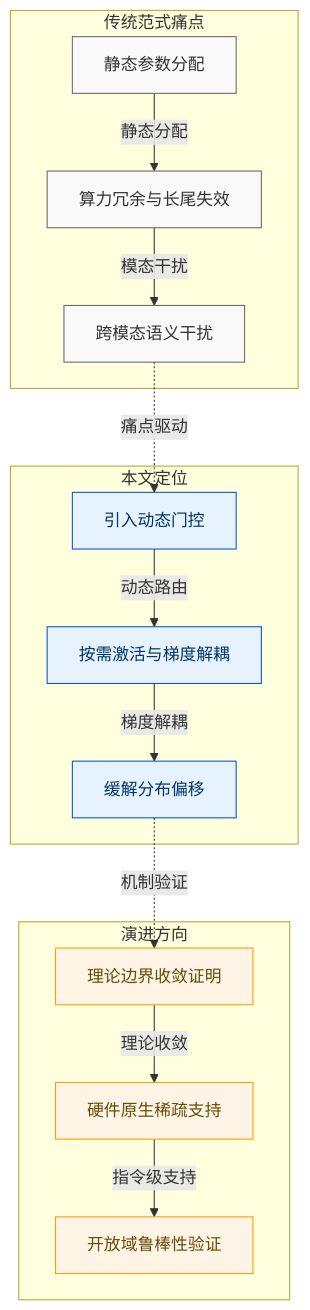
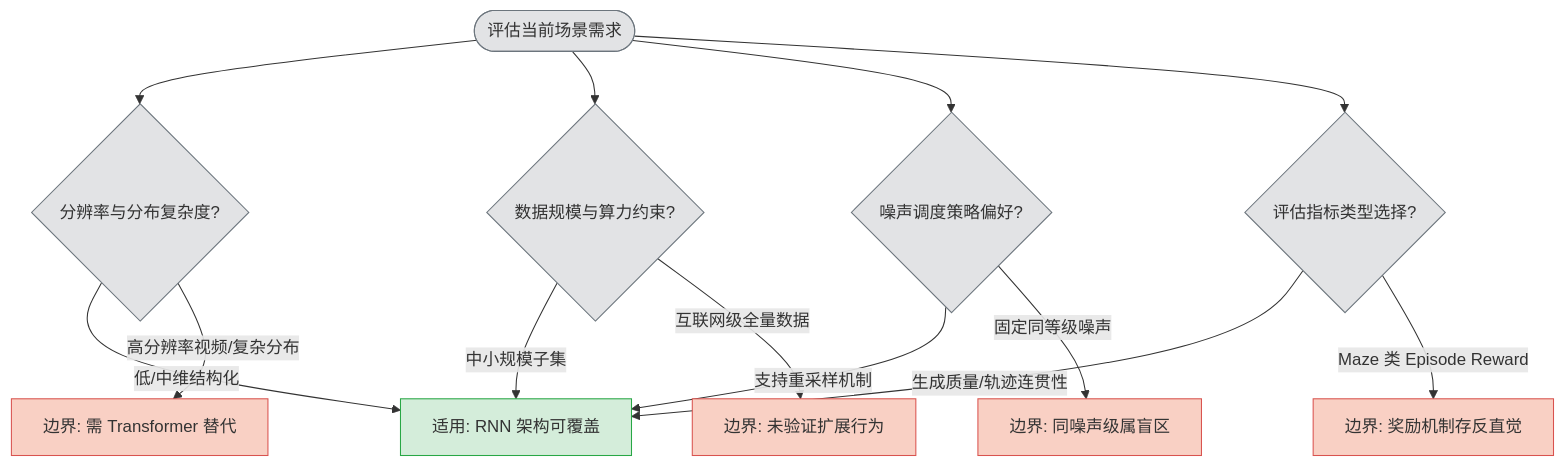
Before and after one commit to ShinewineW/paper-rolling: the ninth of 10 diagrams in person_vault/2026-06-13_DiffusionForcingNextTokenPredictionMeets_2407.01392/report.md, drawn with Mermaid. The commit also changed other lines of this file and 51 other files, not shown here.

````diff
--- a/person_vault/2026-06-13_DiffusionForcingNextTokenPredictionMeets_2407.01392/report.md
+++ b/person_vault/2026-06-13_DiffusionForcingNextTokenPredictionMeets_2407.01392/report.md
@@ -469,28 +568,26 @@
 ```mermaid
 flowchart TD
-    classDef legacy fill:#f9f9f9,stroke:#666,color:#333;
-    classDef proposed fill:#e6f3ff,stroke:#0052cc,color:#003366;
-    classDef future fill:#fff4e6,stroke:#ff9900,color:#664d03;
+    classDef boundary fill:#f9d0c4,stroke:#d9534f,color:#333;
+    classDef valid fill:#d4edda,stroke:#28a745,color:#333;
+    classDef note fill:#e2e3e5,stroke:#6c757d,color:#333;
 
-    subgraph 传统范式痛点
-        legacy_static_alloc["静态参数分配"] -->|静态分配| legacy_compute_waste["算力冗余与长尾失效"]
-        legacy_compute_waste -->|模态干扰| legacy_cross_modal["跨模态语义干扰"]
-    end
+    start(["评估当前场景需求"]) --> check_res{分辨率与分布复杂度?}
+    check_res -->|低/中维结构化| valid_zone["适用: RNN 架构可覆盖"]
+    check_res -->|高分辨率视频/复杂分布| boundary_arch["边界: 需 Transformer 替代"]
+    
+    start --> check_scale{数据规模与算力约束?}
+    check_scale -->|中小规模子集| valid_zone
+    check_scale -->|互联网级全量数据| boundary_scale["边界: 未验证扩展行为"]
+    
+    start --> check_noise{噪声调度策略偏好?}
+    check_noise -->|支持重采样机制| valid_zone
+    check_noise -->|固定同等级噪声| boundary_noise["边界: 同噪声级属盲区"]
+    
+    start --> check_metric{评估指标类型选择?}
+    check_metric -->|生成质量/轨迹连贯性| valid_zone
+    check_metric -->|Maze 类 Episode Reward| boundary_metric["边界: 奖励机制存反直觉"]
 
-    subgraph 本文定位
-        proposed_dynamic_gate["引入动态门控"] -->|动态路由| proposed_on_demand["按需激活与梯度解耦"]
-        proposed_on_demand -->|梯度解耦| proposed_offset["缓解分布偏移"]
-    end
-
-    subgraph 演进方向
-        future_theory["理论边界收敛证明"] -->|理论收敛| future_hardware["硬件原生稀疏支持"]
-        future_hardware -->|指令级支持| future_robustness["开放域鲁棒性验证"]
-    end
-
-    legacy_cross_modal -.->|痛点驱动| proposed_dynamic_gate
-    proposed_offset -.->|机制验证| future_theory
-
-    class legacy_static_alloc,legacy_compute_waste,legacy_cross_modal legacy;
-    class proposed_dynamic_gate,proposed_on_demand,proposed_offset proposed;
-    class future_theory,future_hardware,future_robustness future;
+    class valid_zone valid;
+    class boundary_arch,boundary_scale,boundary_noise,boundary_metric boundary;
+    class start,check_res,check_scale,check_noise,check_metric note;
 ```
````
